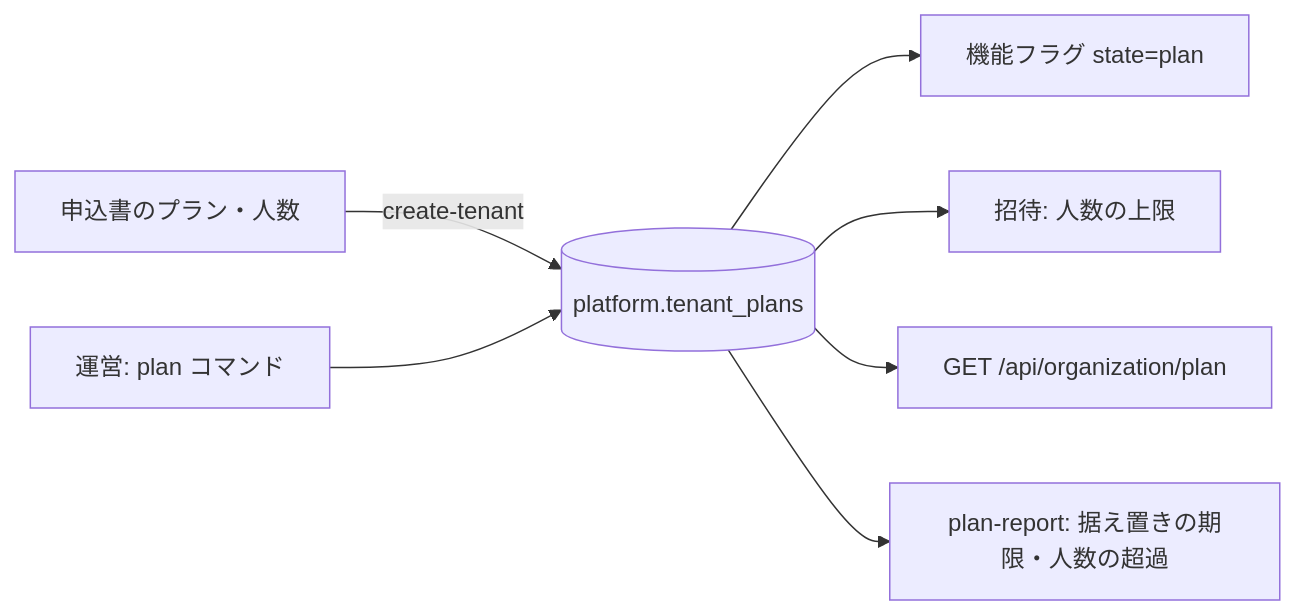
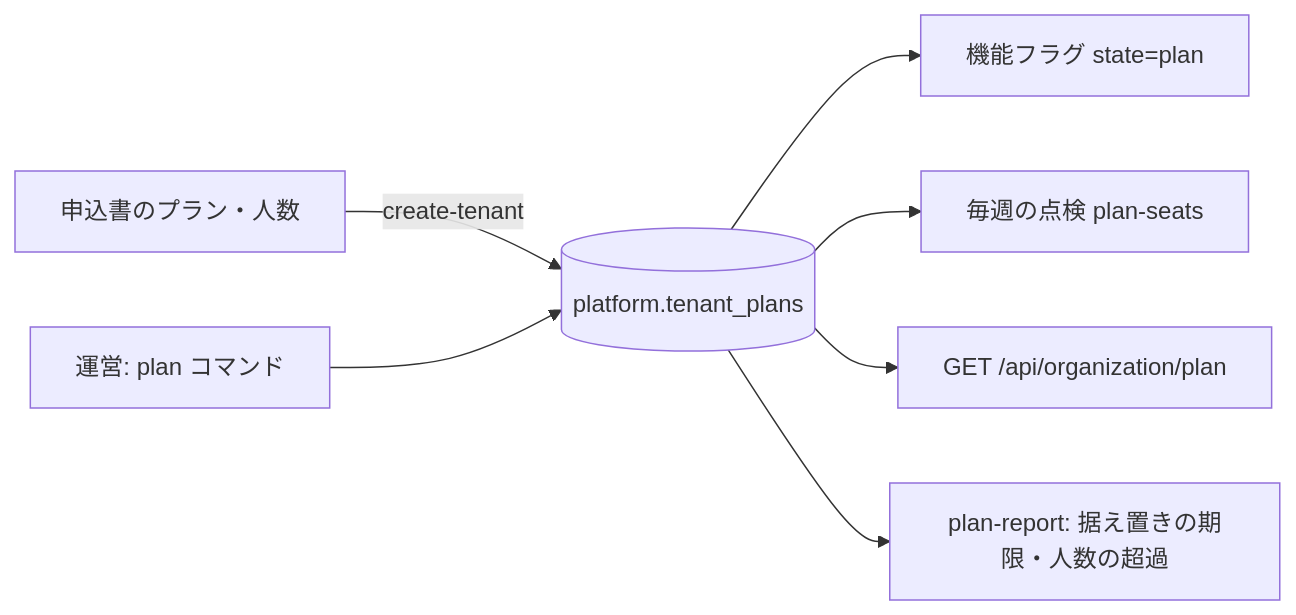
The diagram in docs/designs/0047-plans.md (attumkwg/software-factory-starter), drawn with Mermaid before and after one commit. The commit also changed other lines of this file and 21 other files, not shown here.

````diff
--- a/docs/designs/0047-plans.md
+++ b/docs/designs/0047-plans.md
@@ -12,9 +12,9 @@
 ```mermaid
 flowchart LR
   OF[申込書のプラン・人数] -->|create-tenant| TP[(platform.tenant_plans)]
   OP[運営: plan コマンド] --> TP
   TP --> FF[機能フラグ state=plan]
-  TP --> INV[招待: 人数の上限]
+  TP --> CHK[毎週の点検 plan-seats]
   TP --> API[GET /api/organization/plan]
   TP --> REP[plan-report: 据え置きの期限・人数の超過]
 ```
````
